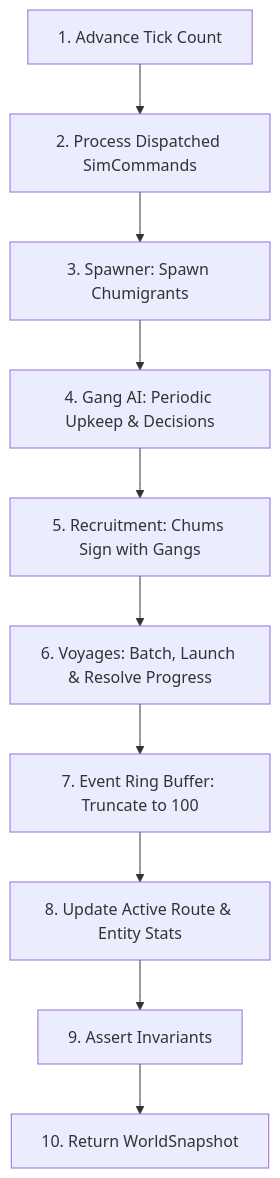
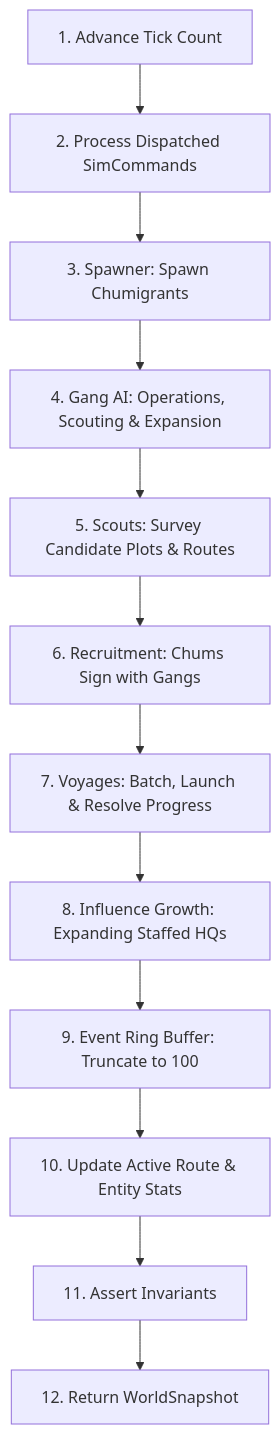
One commit to chrisdb-playground/brokeworld changed the diagram in docs/sim/README.md. Above: the diagram before and after it, drawn with Mermaid. The commit also changed other lines of this file and 5 other files, not shown here.

````diff
--- a/docs/sim/README.md
+++ b/docs/sim/README.md
@@ -33,12 +40,14 @@
 ```mermaid
 graph TD
     A[1. Advance Tick Count] --> B[2. Process Dispatched SimCommands]
     B --> C[3. Spawner: Spawn Chumigrants]
-    C --> D[4. Gang AI: Periodic Upkeep & Decisions]
-    D --> E[5. Recruitment: Chums Sign with Gangs]
-    E --> F[6. Voyages: Batch, Launch & Resolve Progress]
-    F --> G[7. Event Ring Buffer: Truncate to 100]
-    G --> H[8. Update Active Route & Entity Stats]
-    H --> I[9. Assert Invariants]
-    I --> J[10. Return WorldSnapshot]
+    C --> D[4. Gang AI: Operations, Scouting & Expansion]
+    D --> E[5. Scouts: Survey Candidate Plots & Routes]
+    E --> F[6. Recruitment: Chums Sign with Gangs]
+    F --> G[7. Voyages: Batch, Launch & Resolve Progress]
+    G --> H[8. Influence Growth: Expanding Staffed HQs]
+    H --> I[9. Event Ring Buffer: Truncate to 100]
+    I --> J[10. Update Active Route & Entity Stats]
+    J --> K[11. Assert Invariants]
+    K --> L[12. Return WorldSnapshot]
 ```
````
